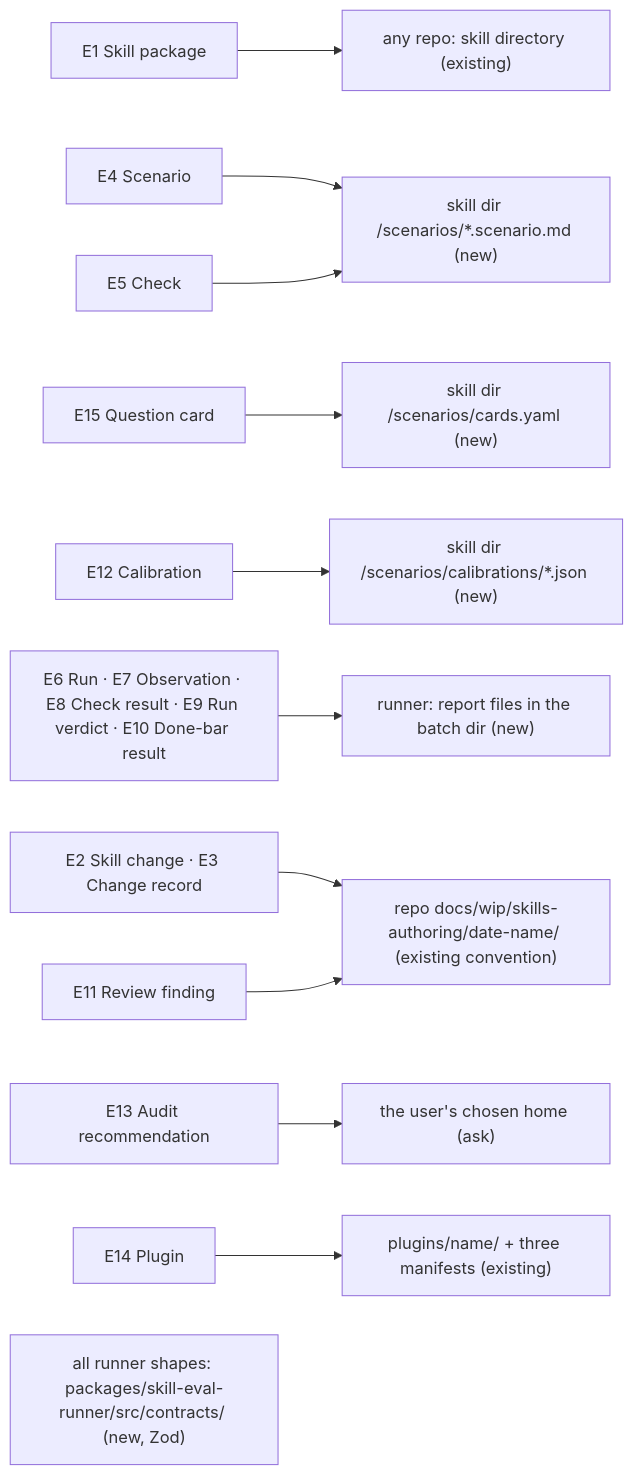
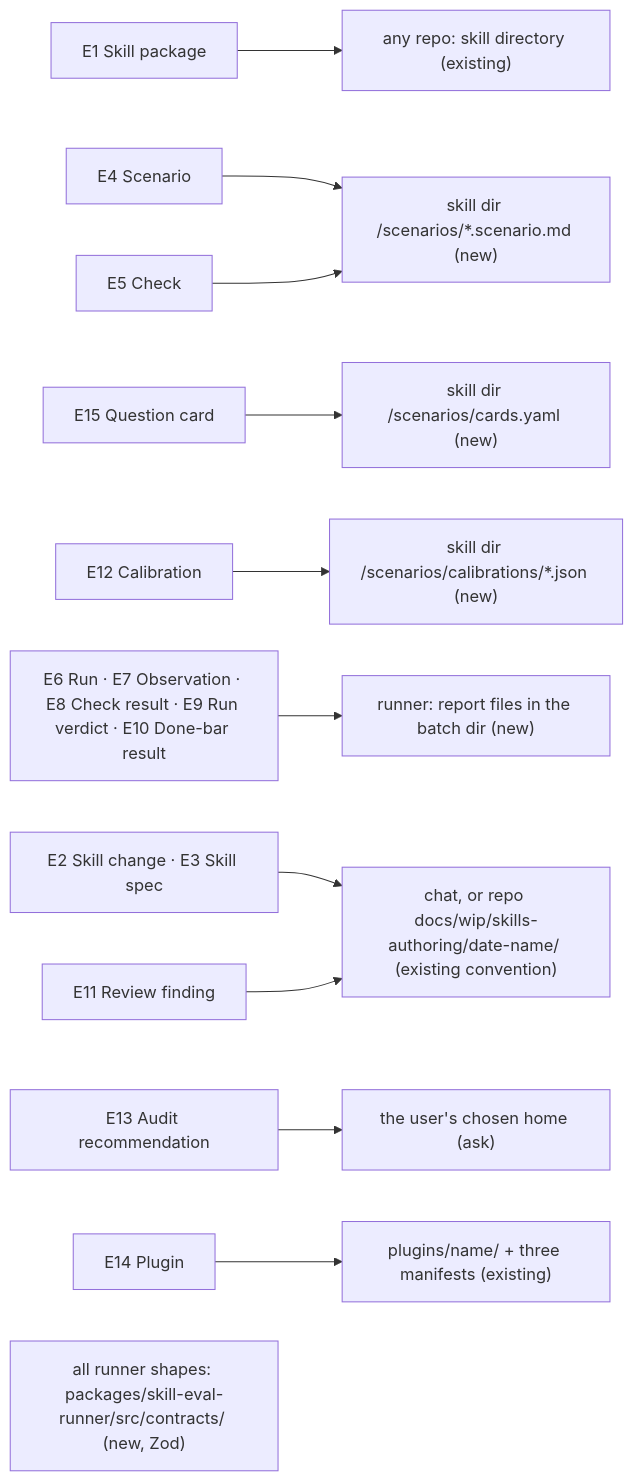
The second of 4 diagrams in docs/specs/2026-10-02-skill-authoring-plugin/2026-10-02-skill-authoring-plugin-program-design.md (ShravanSunder/ai-tools), drawn with Mermaid before and after one commit. The commit also changed other lines of this file and 2 other files, not shown here.

First line of the commit message:
Rework design around the files skills-creation already has; add the subject environment and probe facts

````diff
--- a/docs/specs/2026-10-02-skill-authoring-plugin/2026-10-02-skill-authoring-plugin-program-design.md
+++ b/docs/specs/2026-10-02-skill-authoring-plugin/2026-10-02-skill-authoring-plugin-program-design.md
@@ -67,14 +112,14 @@
 ```mermaid
 flowchart LR
   E1["E1 Skill package"] --> H1["any repo: skill directory (existing)"]
   E4["E4 Scenario"] --> H4["skill dir /scenarios/*.scenario.md (new)"]
   E5["E5 Check"] --> H4
   E15["E15 Question card"] --> H15["skill dir /scenarios/cards.yaml (new)"]
   E12["E12 Calibration"] --> H12["skill dir /scenarios/calibrations/*.json (new)"]
   E6["E6 Run · E7 Observation · E8 Check result · E9 Run verdict · E10 Done-bar result"] --> HR["runner: report files in the batch dir (new)"]
-  E2["E2 Skill change · E3 Change record"] --> HC["repo docs/wip/skills-authoring/date-name/ (existing convention)"]
+  E2["E2 Skill change · E3 Skill spec"] --> HC["chat, or repo docs/wip/skills-authoring/date-name/ (existing convention)"]
   E11["E11 Review finding"] --> HC
   E13["E13 Audit recommendation"] --> HA["the user's chosen home (ask)"]
   E14["E14 Plugin"] --> HP["plugins/name/ + three manifests (existing)"]
   SCH["all runner shapes: packages/skill-eval-runner/src/contracts/ (new, Zod)"]
 ```
````
